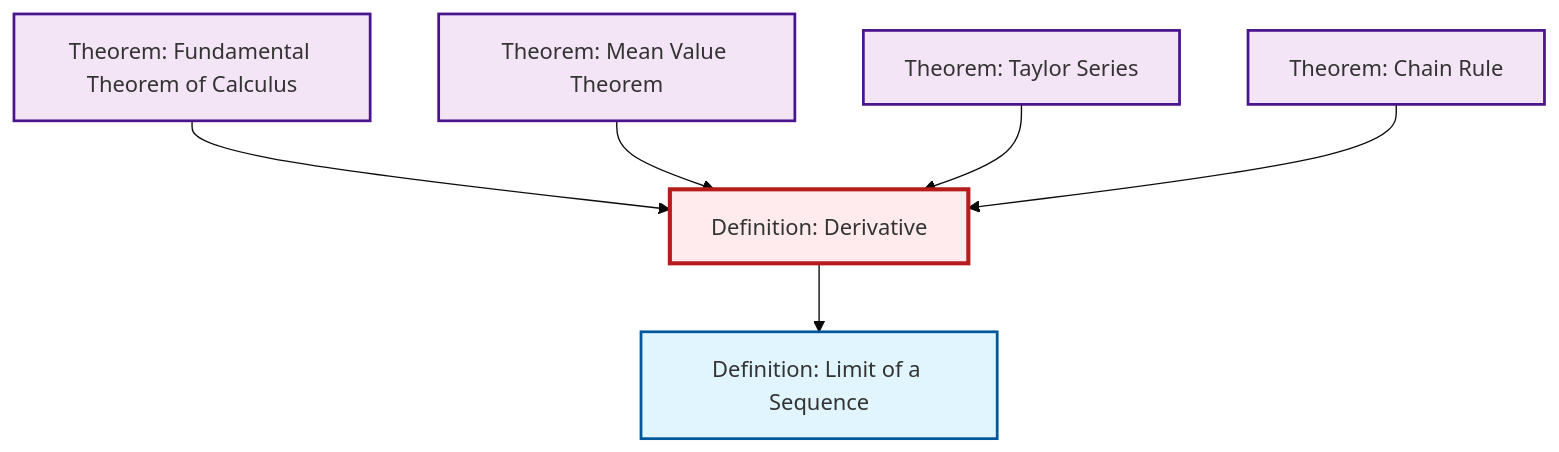
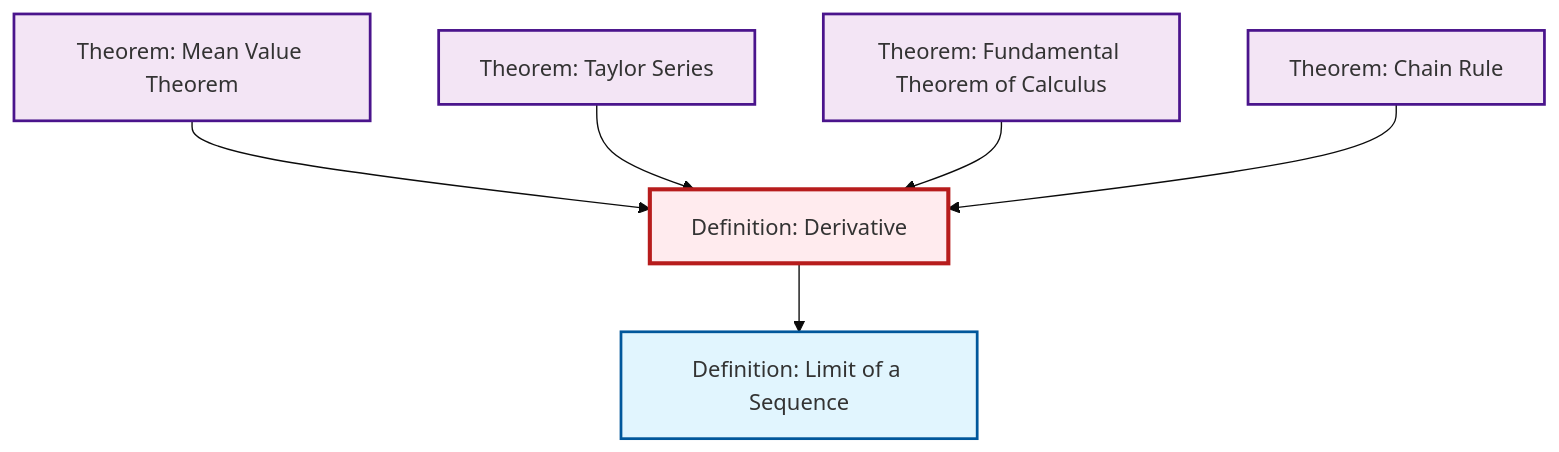
The second of 2 diagrams in content/ja/analysis/def-derivative.qmd (RK0429/ModernMath), drawn with Mermaid (base theme) before and after one commit. The commit also changed other lines of this file and 597 other files, not shown here.

````diff
--- a/content/ja/analysis/def-derivative.qmd
+++ b/content/ja/analysis/def-derivative.qmd
@@ -89,26 +89,26 @@
 ```{mermaid}
 %%| fig-cap: "Local dependency graph"
 graph TD
     classDef definition fill:#e1f5fe,stroke:#01579b,stroke-width:2px
     classDef theorem fill:#f3e5f5,stroke:#4a148c,stroke-width:2px
     classDef axiom fill:#fff3e0,stroke:#e65100,stroke-width:2px
     classDef example fill:#e8f5e9,stroke:#1b5e20,stroke-width:2px
     classDef current fill:#ffebee,stroke:#b71c1c,stroke-width:3px
-    thm-taylor-series["Theorem: Taylor Series"]:::theorem
+    def-derivative["Definition: Derivative"]:::definition
     thm-mean-value["Theorem: Mean Value Theorem"]:::theorem
     thm-chain-rule["Theorem: Chain Rule"]:::theorem
+    thm-fundamental-calculus["Theorem: Fundamental Theorem of Calculus"]:::theorem
+    thm-taylor-series["Theorem: Taylor Series"]:::theorem
     def-limit["Definition: Limit of a Sequence"]:::definition
-    def-derivative["Definition: Derivative"]:::definition
-    thm-fundamental-calculus["Theorem: Fundamental Theorem of Calculus"]:::theorem
+    thm-mean-value --> def-derivative
+    thm-taylor-series --> def-derivative
+    def-derivative --> def-limit
     thm-fundamental-calculus --> def-derivative
-    thm-mean-value --> def-derivative
-    def-derivative --> def-limit
-    thm-taylor-series --> def-derivative
     thm-chain-rule --> def-derivative
     class def-derivative current
-    click thm-taylor-series "thm-taylor-series.html" "Theorem: Taylor Seriesへ"
     click thm-mean-value "thm-mean-value.html" "Theorem: Mean Value Theoremへ"
     click thm-chain-rule "thm-chain-rule.html" "Theorem: Chain Ruleへ"
+    click thm-fundamental-calculus "thm-fundamental-calculus.html" "Theorem: Fundamental Theorem of Calculusへ"
+    click thm-taylor-series "thm-taylor-series.html" "Theorem: Taylor Seriesへ"
     click def-limit "def-limit.html" "Definition: Limit of a Sequenceへ"
-    click thm-fundamental-calculus "thm-fundamental-calculus.html" "Theorem: Fundamental Theorem of Calculusへ"
 ```
````
